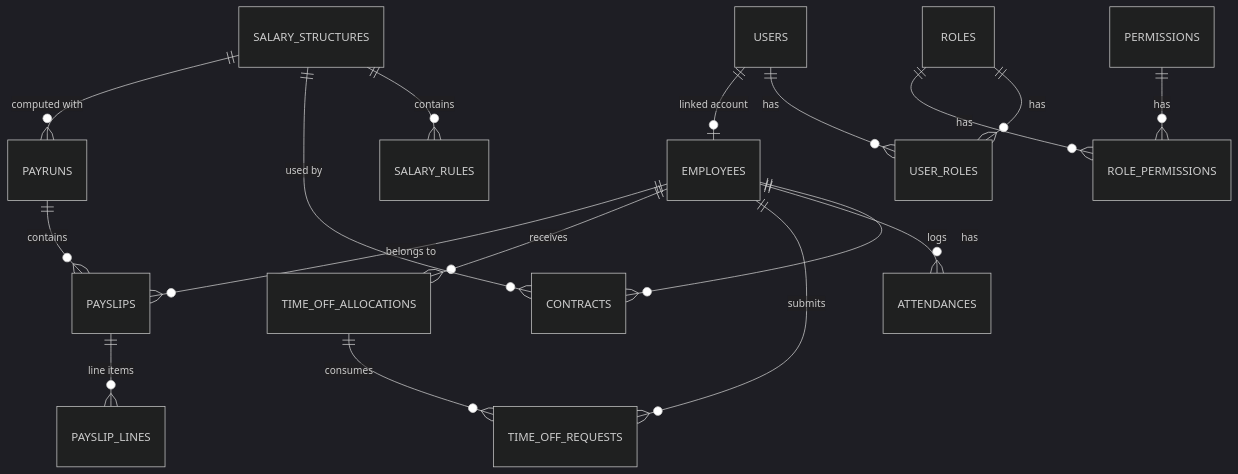
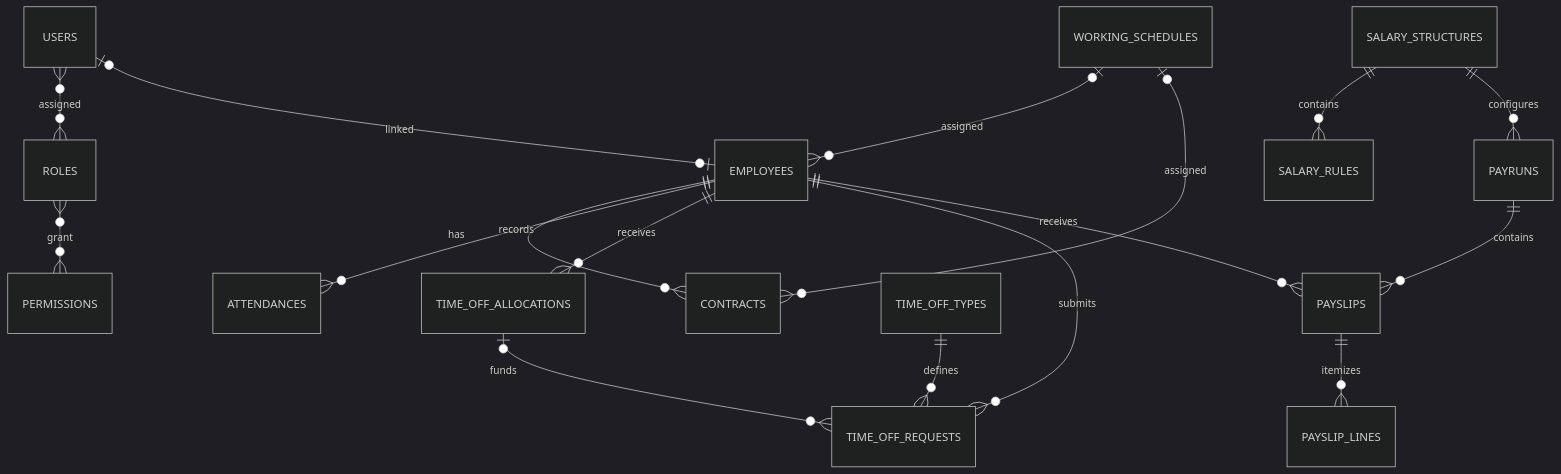
The fifth of 5 diagrams in README.md (sanket913/odoo-hackathon-2026-team-726), drawn with Mermaid (dark theme) before and after one commit. The commit also changed other lines of this file, not shown here.

Commit message:
Document final submission with verified Mermaid diagrams and setup guide

````diff
--- a/README.md
+++ b/README.md
@@ -56,19 +136,19 @@
 ```mermaid
 erDiagram
+    USERS }o--o{ ROLES : assigned
+    ROLES }o--o{ PERMISSIONS : grant
+    USERS |o--o| EMPLOYEES : linked
     EMPLOYEES ||--o{ CONTRACTS : has
-    EMPLOYEES ||--o{ ATTENDANCES : logs
+    WORKING_SCHEDULES |o--o{ EMPLOYEES : assigned
+    WORKING_SCHEDULES |o--o{ CONTRACTS : assigned
+    EMPLOYEES ||--o{ ATTENDANCES : records
+    EMPLOYEES ||--o{ TIME_OFF_ALLOCATIONS : receives
     EMPLOYEES ||--o{ TIME_OFF_REQUESTS : submits
-    EMPLOYEES ||--o{ TIME_OFF_ALLOCATIONS : receives
-    TIME_OFF_ALLOCATIONS ||--o{ TIME_OFF_REQUESTS : consumes
+    TIME_OFF_TYPES ||--o{ TIME_OFF_REQUESTS : defines
+    TIME_OFF_ALLOCATIONS |o--o{ TIME_OFF_REQUESTS : funds
     SALARY_STRUCTURES ||--o{ SALARY_RULES : contains
-    SALARY_STRUCTURES ||--o{ CONTRACTS : "used by"
-    SALARY_STRUCTURES ||--o{ PAYRUNS : "computed with"
+    SALARY_STRUCTURES ||--o{ PAYRUNS : configures
     PAYRUNS ||--o{ PAYSLIPS : contains
-    EMPLOYEES ||--o{ PAYSLIPS : "belongs to"
-    PAYSLIPS ||--o{ PAYSLIP_LINES : "line items"
-    USERS ||--o{ USER_ROLES : has
-    ROLES ||--o{ USER_ROLES : has
-    ROLES ||--o{ ROLE_PERMISSIONS : has
-    PERMISSIONS ||--o{ ROLE_PERMISSIONS : has
-    USERS ||--o| EMPLOYEES : "linked account"
+    EMPLOYEES ||--o{ PAYSLIPS : receives
+    PAYSLIPS ||--o{ PAYSLIP_LINES : itemizes
 ```
````
